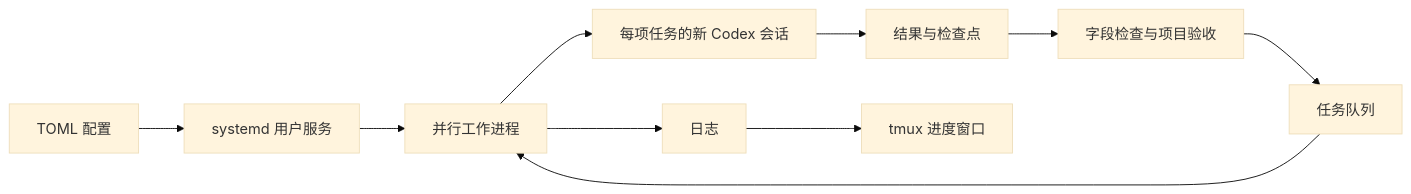
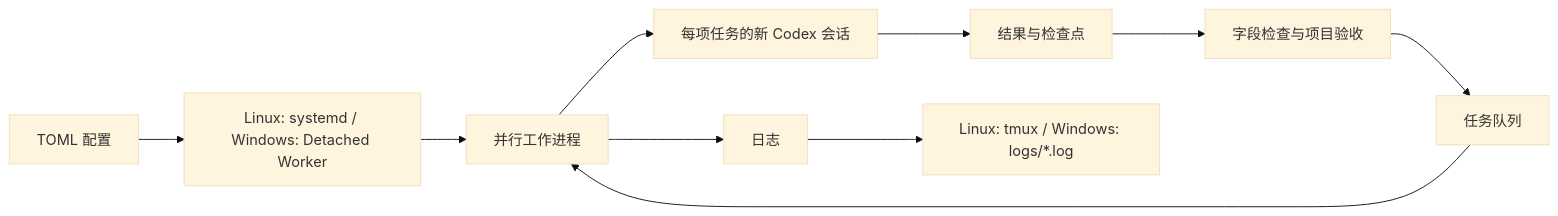
Before and after one commit to sanhui-cloud/bkcodex: the diagram in README.md, drawn with Mermaid (base theme). The commit also changed other lines of this file and 7 other files, not shown here.

````diff
--- a/README.md
+++ b/README.md
@@ -150,12 +187,12 @@
 ```mermaid
 flowchart LR
-    C[TOML 配置] --> S[systemd 用户服务]
+    C[TOML 配置] --> S["Linux: systemd / Windows: Detached Worker"]
     Q[任务队列] --> W[并行工作进程]
     S --> W
     W --> E[每项任务的新 Codex 会话]
     E --> A[结果与检查点]
     A --> V[字段检查与项目验收]
     V --> Q
     W --> L[日志]
-    L --> T[tmux 进度窗口]
+    L --> T["Linux: tmux / Windows: logs/*.log"]
 ```
````
